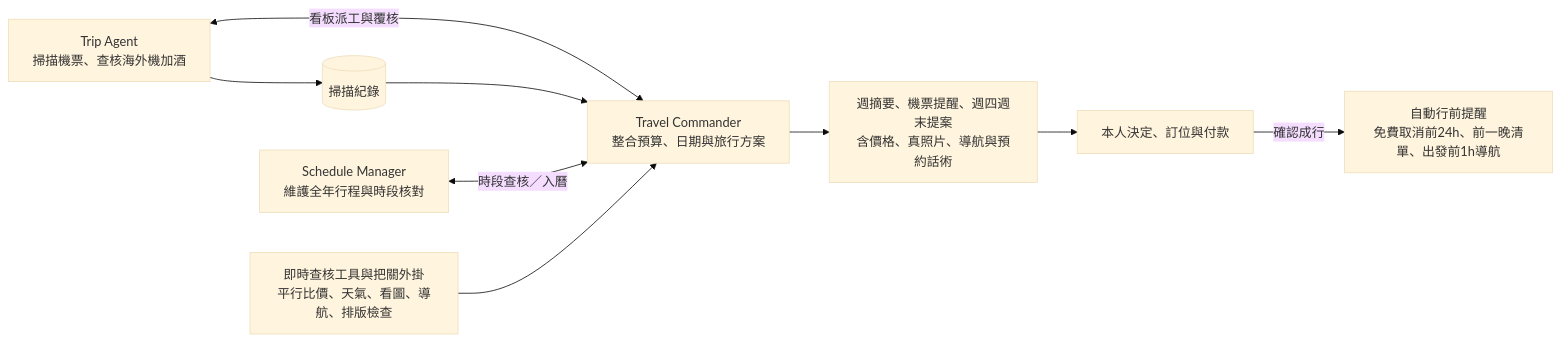
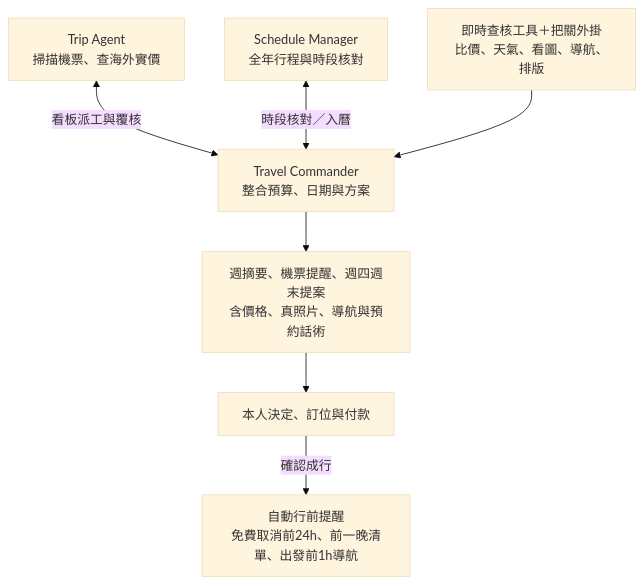
Before and after one commit to baka2496/hermes-travel-workflow: the diagram in README.md, drawn with Mermaid (base theme).

Commit message:
Switch README flowchart to vertical layout for larger readable text

````diff
--- a/README.md
+++ b/README.md
@@ -5,10 +5,10 @@
 ```mermaid
-flowchart LR
-    trip["Trip Agent<br/>掃描機票、查核海外機加酒"] <-->|"看板派工與覆核"| command["Travel Commander<br/>整合預算、日期與旅行方案"]
-    trip --> db[("掃描紀錄")] --> command
-    schedule["Schedule Manager<br/>維護全年行程與時段核對"] <-->|"時段查核／入曆"| command
-    tools["即時查核工具與把關外掛<br/>平行比價、天氣、看圖、導航、排版檢查"] --> command
-    command --> proposal["週摘要、機票提醒、週四週末提案<br/>含價格、真照片、導航與預約話術"]
-    proposal --> owner["本人決定、訂位與付款"]
+flowchart TD
+    trip["Trip Agent<br/>掃描機票、查海外實價"] <-->|"看板派工與覆核"| cmd["Travel Commander<br/>整合預算、日期與方案"]
+    sched["Schedule Manager<br/>全年行程與時段核對"] <-->|"時段核對／入曆"| cmd
+    tools["即時查核工具＋把關外掛<br/>比價、天氣、看圖、導航、排版"] --> cmd
+
+    cmd --> out["週摘要、機票提醒、週四週末提案<br/>含價格、真照片、導航與預約話術"]
+    out --> owner["本人決定、訂位與付款"]
     owner -->|"確認成行"| remind["自動行前提醒<br/>免費取消前24h、前一晚清單、出發前1h導航"]
 ```
````
